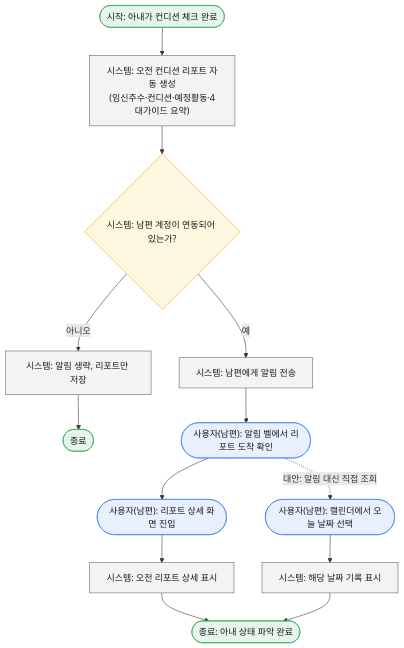
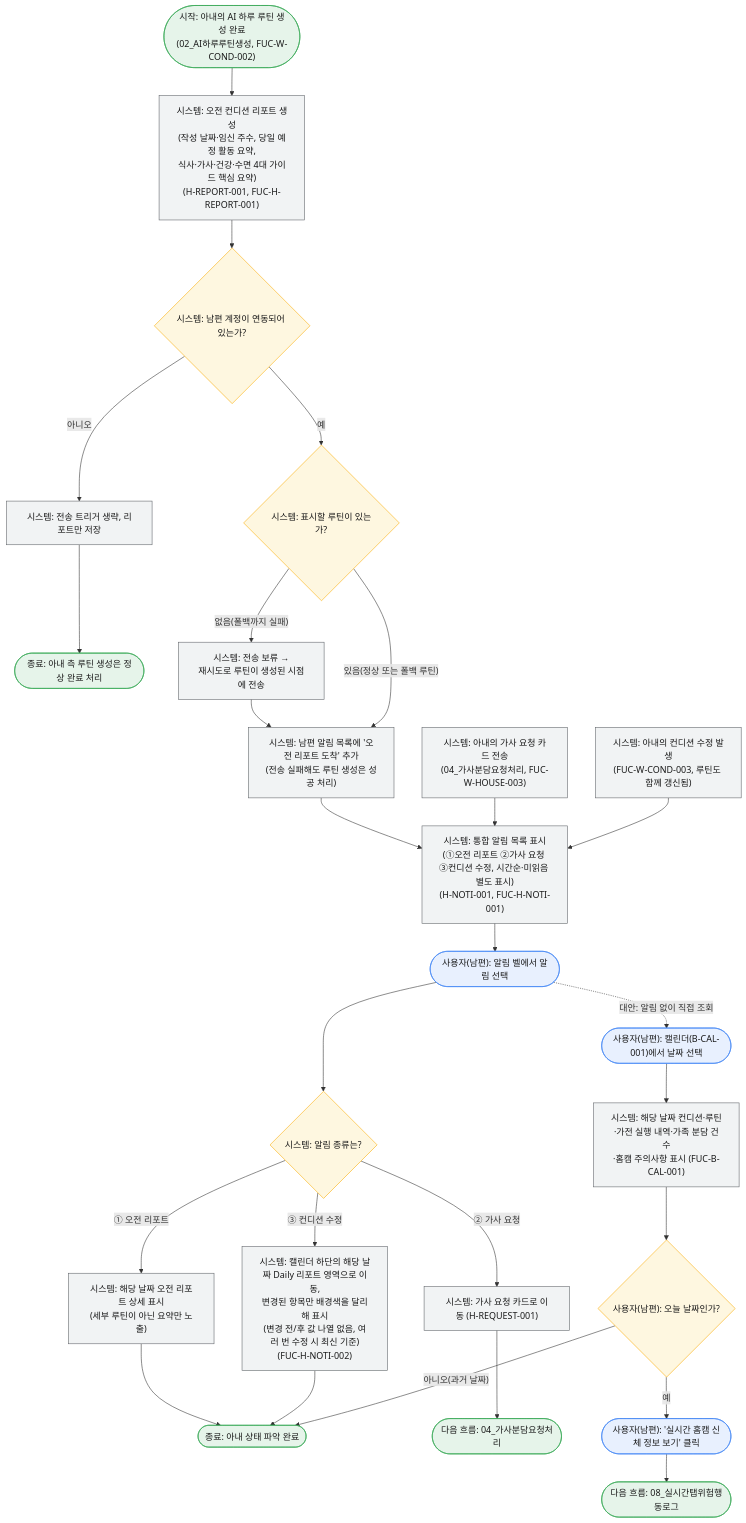
The diagram in docs/서비스흐름도/06_남편오전리포트및알림.mmd (lgdxDORAEMI/PLM), drawn with Mermaid before and after one commit. The commit also changed 10 other files, not shown here.

First line of the commit message:
서비스 흐름도 업데이트: 남편 오전 리포트 및 알림, 수면 가이드, 실시간 탭, 건강 가이드 추가

```diff
--- a/docs/서비스흐름도/06_남편오전리포트및알림.mmd
+++ b/docs/서비스흐름도/06_남편오전리포트및알림.mmd
@@ -1,21 +1,52 @@
-%% 서비스 흐름도: 남편 오전 리포트 & 알림
-%% 관련 기능: FUC-W-COND-002, FUC-H-REPORT-001, FUC-H-NOTI-001, FUC-B-CAL-001 / 관련 UC: UC2, UC8, UC10
+%% 서비스 흐름도: 남편 오전 컨디션 리포트 · 통합 알림 목록
+%% 관련 기능: FUC-W-COND-002(오전 리포트 트리거), FUC-W-COND-003(컨디션 수정), FUC-H-REPORT-001(오전 리포트),
+%%           FUC-H-NOTI-001(통합 알림 목록), FUC-H-NOTI-002(컨디션 수정 알림), FUC-B-CAL-001 / 관련 UC: UC2, UC8, UC10, UC14
+%% 핵심 규칙:
+%%   - 오전 리포트 전송 시점은 컨디션 저장이 아니라 **AI 하루 루틴 생성 완료 시점**이다(FUC-W-COND-002로 트리거 단일화).
+%%   - 알림은 3종뿐이다: ①오전 컨디션 리포트 도착 ②가사 요청 도착 ③아내 컨디션 수정.
+%%     **가사 요청의 상태 변화(미확인·확인·완료)로는 새 알림을 생성하지 않는다.**
+%%   - Daily 리포트 전송은 아내가 '저장하고 마치기'를 수행한 시점이다(05_루틴실행기록및리포트).
+%%   - 남편에게 공유되는 범위는 오전 리포트·Daily 리포트·가사 요청·홈캠 공유 정보·캘린더 기록으로 제한된다(NFR-013).
+%%     프로필 원본·컨디션 원본 입력값·AI 대화 이력은 남편 화면에 노출하지 않는다.
+%%   - MVP 알림은 앱 내 리스트/뱃지 수준이며 실시간 푸시 인프라는 Phase 2다.
 flowchart TD
     classDef user fill:#E8F0FE,stroke:#4285F4,color:#1a1a1a;
     classDef system fill:#F1F3F4,stroke:#5f6368,color:#1a1a1a;
     classDef decision fill:#FEF7E0,stroke:#F9AB00,color:#1a1a1a;
     classDef terminal fill:#E6F4EA,stroke:#34A853,color:#1a1a1a;
 
-    Start(["시작: 아내가 컨디션 체크 완료"]):::terminal --> A["시스템: 오전 컨디션 리포트 자동 생성<br/>(임신주수·컨디션·예정활동·4대가이드 요약)"]:::system
+    Start(["시작: 아내의 AI 하루 루틴 생성 완료<br/>(02_AI하루루틴생성, FUC-W-COND-002)"]):::terminal --> A["시스템: 오전 컨디션 리포트 생성<br/>(작성 날짜·임신 주수, 당일 예정 활동 요약,<br/>식사·가사·건강·수면 4대 가이드 핵심 요약)<br/>(H-REPORT-001, FUC-H-REPORT-001)"]:::system
+
     A --> B{"시스템: 남편 계정이 연동되어 있는가?"}:::decision
-    B -- 아니오 --> C["시스템: 알림 생략, 리포트만 저장"]:::system --> End1(["종료"]):::terminal
-    B -- 예 --> D["시스템: 남편에게 알림 전송"]:::system
+    B -- "아니오" --> C["시스템: 전송 트리거 생략, 리포트만 저장"]:::system
+    C --> End1(["종료: 아내 측 루틴 생성은 정상 완료 처리"]):::terminal
 
-    D --> E(["사용자(남편): 알림 벨에서 리포트 도착 확인"]):::user
-    E --> F(["사용자(남편): 리포트 상세 화면 진입"]):::user
-    F --> G["시스템: 오전 리포트 상세 표시"]:::system
-    G --> End2(["종료: 아내 상태 파악 완료"]):::terminal
+    B -- "예" --> BF{"시스템: 표시할 루틴이 있는가?"}:::decision
+    BF -- "없음(폴백까지 실패)" --> Hold["시스템: 전송 보류 →<br/>재시도로 루틴이 생성된 시점에 전송"]:::system
+    Hold --> D
+    BF -- "있음(정상 또는 폴백 루틴)" --> D["시스템: 남편 알림 목록에 '오전 리포트 도착' 추가<br/>(전송 실패해도 루틴 생성은 성공 처리)"]:::system
 
-    E -.대안: 알림 대신 직접 조회.-> H(["사용자(남편): 캘린더에서 오늘 날짜 선택"]):::user
-    H --> I["시스템: 해당 날짜 기록 표시"]:::system
-    I --> End2
+    D --> N["시스템: 통합 알림 목록 표시<br/>(①오전 리포트 ②가사 요청 ③컨디션 수정, 시간순·미읽음 별도 표시)<br/>(H-NOTI-001, FUC-H-NOTI-001)"]:::system
+
+    %% 다른 알림 소스
+    Req["시스템: 아내의 가사 요청 카드 전송<br/>(04_가사분담요청처리, FUC-W-HOUSE-003)"]:::system --> N
+    Mod["시스템: 아내의 컨디션 수정 발생<br/>(FUC-W-COND-003, 루틴도 함께 갱신됨)"]:::system --> N
+
+    N --> E(["사용자(남편): 알림 벨에서 알림 선택"]):::user
+    E --> Sel{"시스템: 알림 종류는?"}:::decision
+
+    Sel -- "① 오전 리포트" --> F["시스템: 해당 날짜 오전 리포트 상세 표시<br/>(세부 루틴이 아닌 요약만 노출)"]:::system
+    F --> End2(["종료: 아내 상태 파악 완료"]):::terminal
+
+    Sel -- "② 가사 요청" --> G["시스템: 가사 요청 카드로 이동 (H-REQUEST-001)"]:::system
+    G --> End3(["다음 흐름: 04_가사분담요청처리"]):::terminal
+
+    Sel -- "③ 컨디션 수정" --> H["시스템: 캘린더 하단의 해당 날짜 Daily 리포트 영역으로 이동,<br/>변경된 항목만 배경색을 달리해 표시<br/>(변경 전/후 값 나열 없음, 여러 번 수정 시 최신 기준)<br/>(FUC-H-NOTI-002)"]:::system
+    H --> End2
+
+    E -.대안: 알림 없이 직접 조회.-> I(["사용자(남편): 캘린더(B-CAL-001)에서 날짜 선택"]):::user
+    I --> J["시스템: 해당 날짜 컨디션·루틴·가전 실행 내역·가족 분담 건수<br/>·홈캠 주의사항 표시 (FUC-B-CAL-001)"]:::system
+    J --> K{"사용자(남편): 오늘 날짜인가?"}:::decision
+    K -- "예" --> L(["사용자(남편): '실시간 홈캠 신체 정보 보기' 클릭"]):::user
+    L --> End4(["다음 흐름: 08_실시간탭위험행동로그"]):::terminal
+    K -- "아니오(과거 날짜)" --> End2
```
